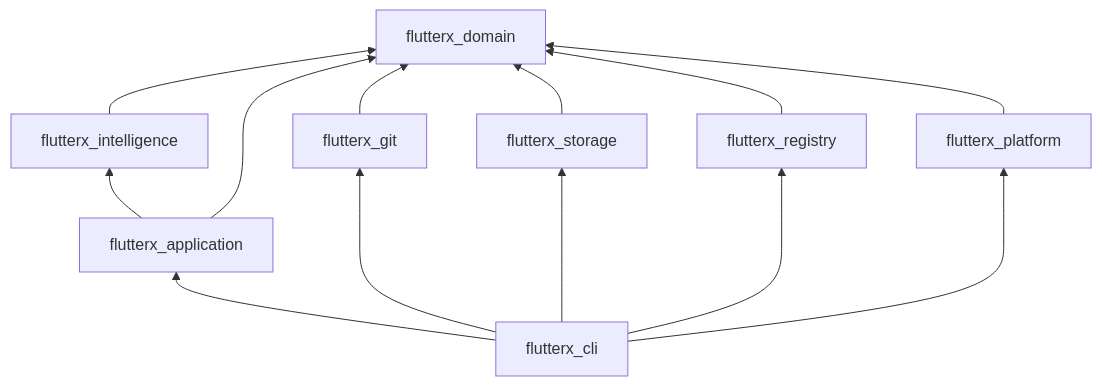
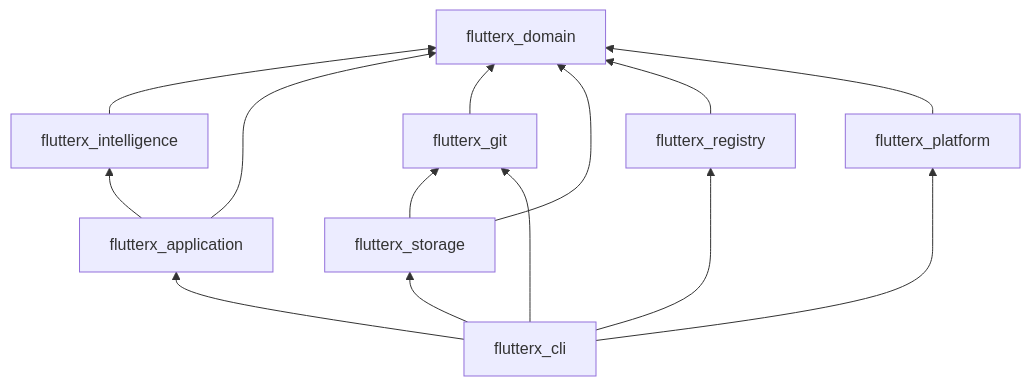
The first of 2 diagrams in docs/06-package-design.md (muhammadsaddamnur/flutterX), drawn with Mermaid before and after one commit. The commit also changed 17 other files, not shown here.

````diff
--- a/docs/06-package-design.md
+++ b/docs/06-package-design.md
@@ -26,16 +26,17 @@
 ```mermaid
 graph BT
   DOM[flutterx_domain]
   INTEL[flutterx_intelligence] --> DOM
   APP[flutterx_application] --> INTEL
   APP --> DOM
   GIT[flutterx_git] --> DOM
   STOR[flutterx_storage] --> DOM
+  STOR --> GIT
   REG[flutterx_registry] --> DOM
   PLAT[flutterx_platform] --> DOM
   CLI[flutterx_cli] --> APP
   CLI --> GIT
   CLI --> STOR
   CLI --> REG
   CLI --> PLAT
 ```
````
